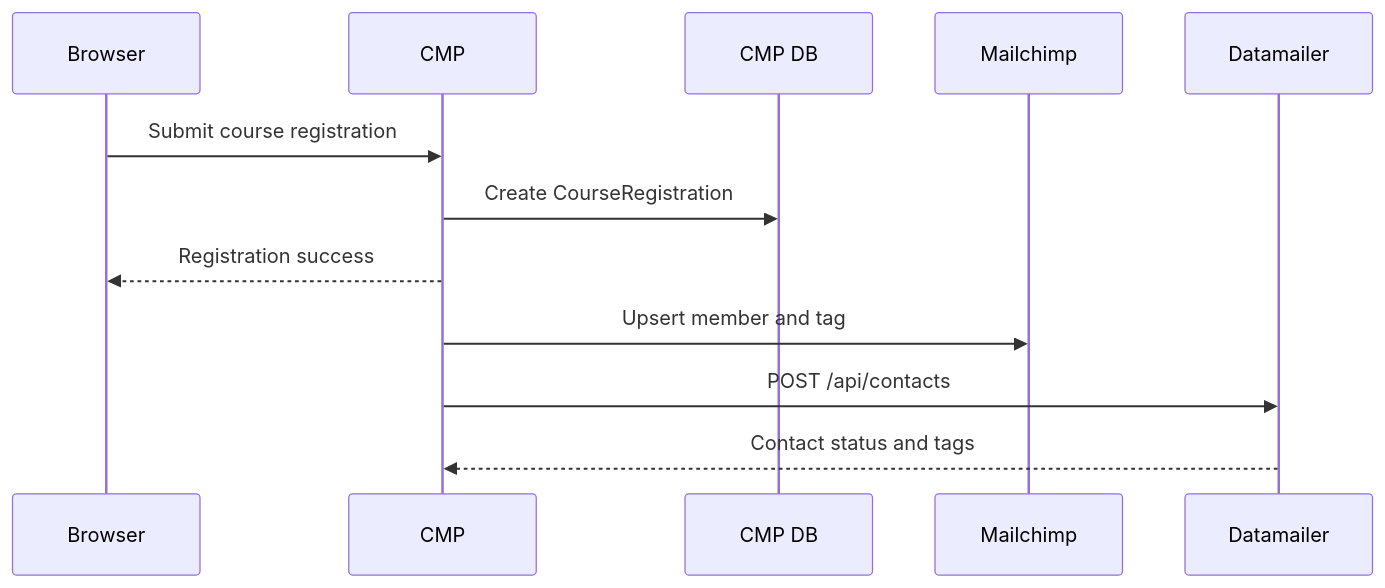
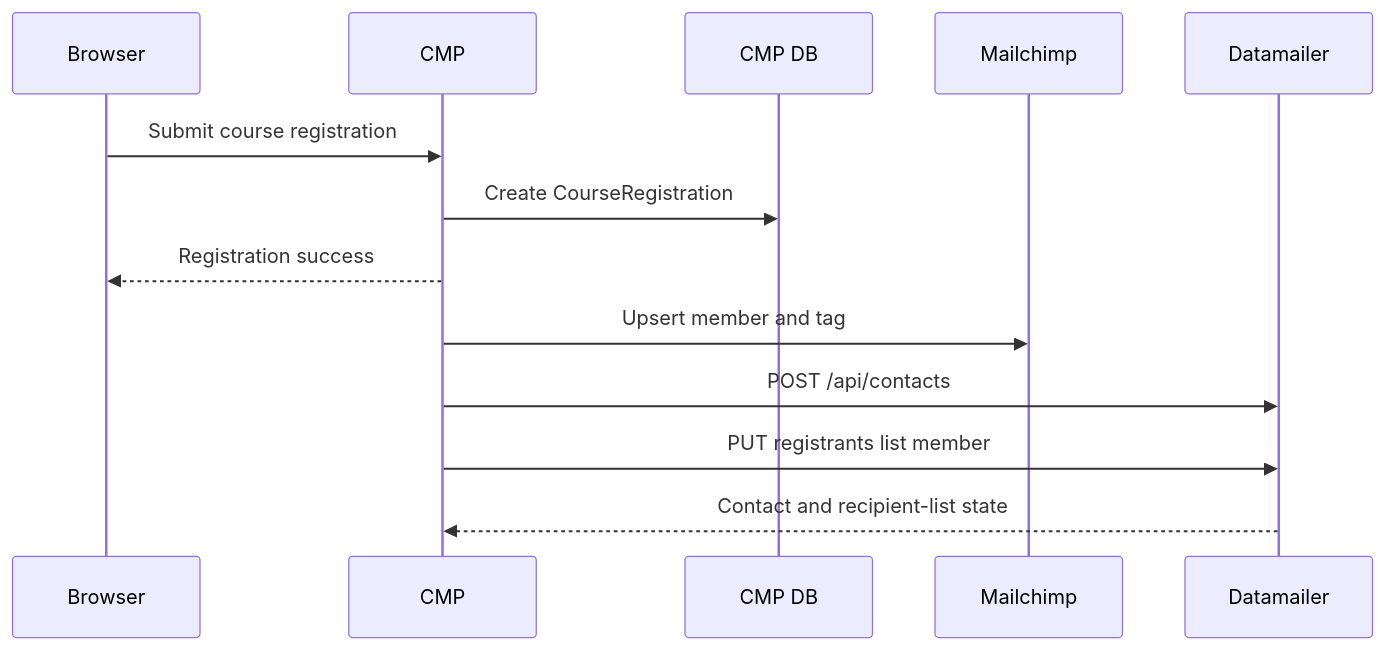
The second of 9 diagrams in docs/datamailer-protocol.md (DataTalksClub/course-management-platform), drawn with Mermaid before and after one commit. The commit also changed other lines of this file and 7 other files, not shown here.

Commit message:
Sync Datamailer recipient lists from CMP

````diff
--- a/docs/datamailer-protocol.md
+++ b/docs/datamailer-protocol.md
@@ -130,15 +126,16 @@
 ```mermaid
 sequenceDiagram
     participant Browser
     participant CMP
     participant DB as CMP DB
     participant Mailchimp
     participant DM as Datamailer
 
     Browser->>CMP: Submit course registration
     CMP->>DB: Create CourseRegistration
     CMP-->>Browser: Registration success
     CMP->>Mailchimp: Upsert member and tag
     CMP->>DM: POST /api/contacts
-    DM-->>CMP: Contact status and tags
+    CMP->>DM: PUT registrants list member
+    DM-->>CMP: Contact and recipient-list state
 ```
````
